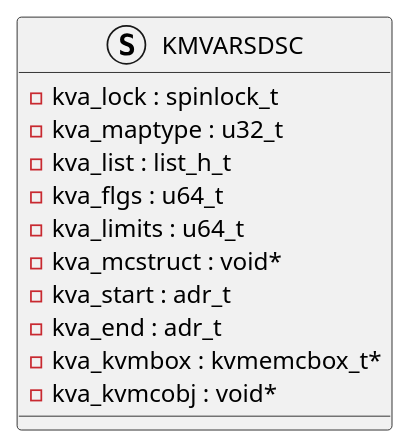
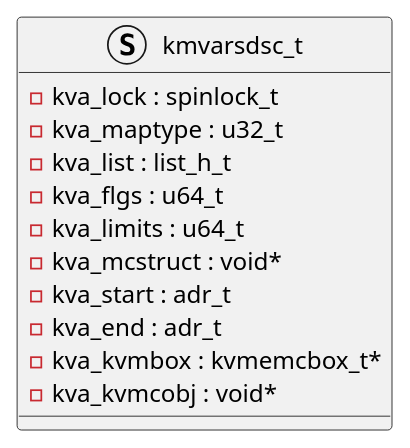
The diagram in 0.学习笔记/a04.操作系统/操作系统实战/2.内存/5.虚拟内存.md (mowang111/personal_knowledge_repository), drawn with PlantUML before and after one commit.

Commit message:
vault backup: 2023-12-05 09:46:21

````diff
--- a/0.学习笔记/a04.操作系统/操作系统实战/2.内存/5.虚拟内存.md
+++ b/0.学习笔记/a04.操作系统/操作系统实战/2.内存/5.虚拟内存.md
@@ -7,14 +7,14 @@
 ```plantuml
-struct KMVARSDSC {
+struct kmvarsdsc_t {
     - kva_lock : spinlock_t
     - kva_maptype : u32_t
     - kva_list : list_h_t
     - kva_flgs : u64_t
     - kva_limits : u64_t
     - kva_mcstruct : void*
     - kva_start : adr_t
     - kva_end : adr_t
     - kva_kvmbox : kvmemcbox_t*
     - kva_kvmcobj : void*
 }
 ```
````
